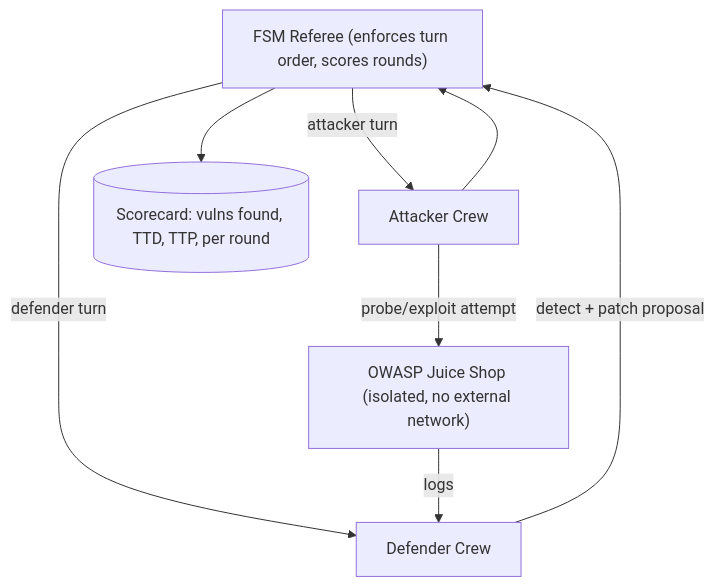
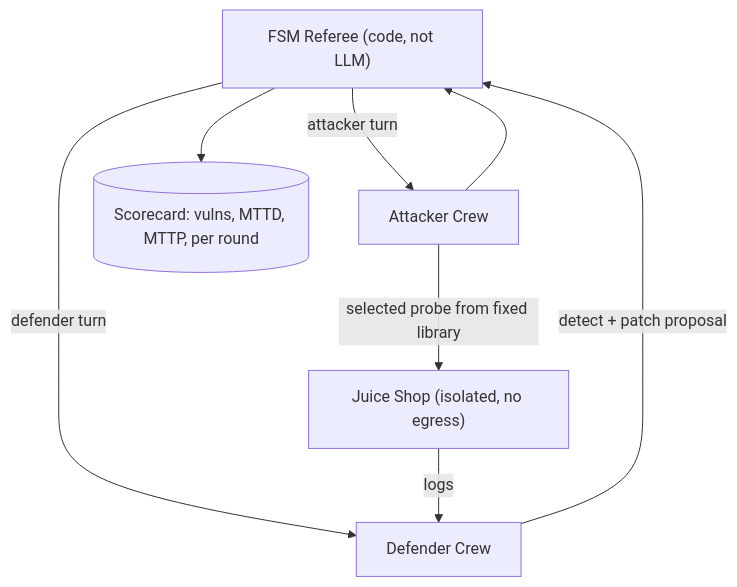
One commit to shrey1409/Multiple-AI-Agents-Projects changed the diagram in projects/07-redteam-blueteam-agent-arena/PLAN.md. Above: the diagram before and after it, drawn with Mermaid. The commit also changed other lines of this file and 11 other files, not shown here.

````diff
--- a/projects/07-redteam-blueteam-agent-arena/PLAN.md
+++ b/projects/07-redteam-blueteam-agent-arena/PLAN.md
@@ -19,10 +19,10 @@
 ```mermaid
 flowchart TD
-    REF["FSM Referee (enforces turn order, scores rounds)"] -->|attacker turn| ATK[Attacker Crew]
+    REF["FSM Referee (code, not LLM)"] -->|attacker turn| ATK[Attacker Crew]
     REF -->|defender turn| DEF[Defender Crew]
-    ATK -->|probe/exploit attempt| TGT["OWASP Juice Shop (isolated, no external network)"]
+    ATK -->|selected probe from fixed library| TGT["Juice Shop (isolated, no egress)"]
     TGT -->|logs| DEF
     DEF -->|detect + patch proposal| REF
     ATK --> REF
-    REF --> SCORE[(Scorecard: vulns found, TTD, TTP, per round)]
+    REF --> SCORE[(Scorecard: vulns, MTTD, MTTP, per round)]
 ```
````
